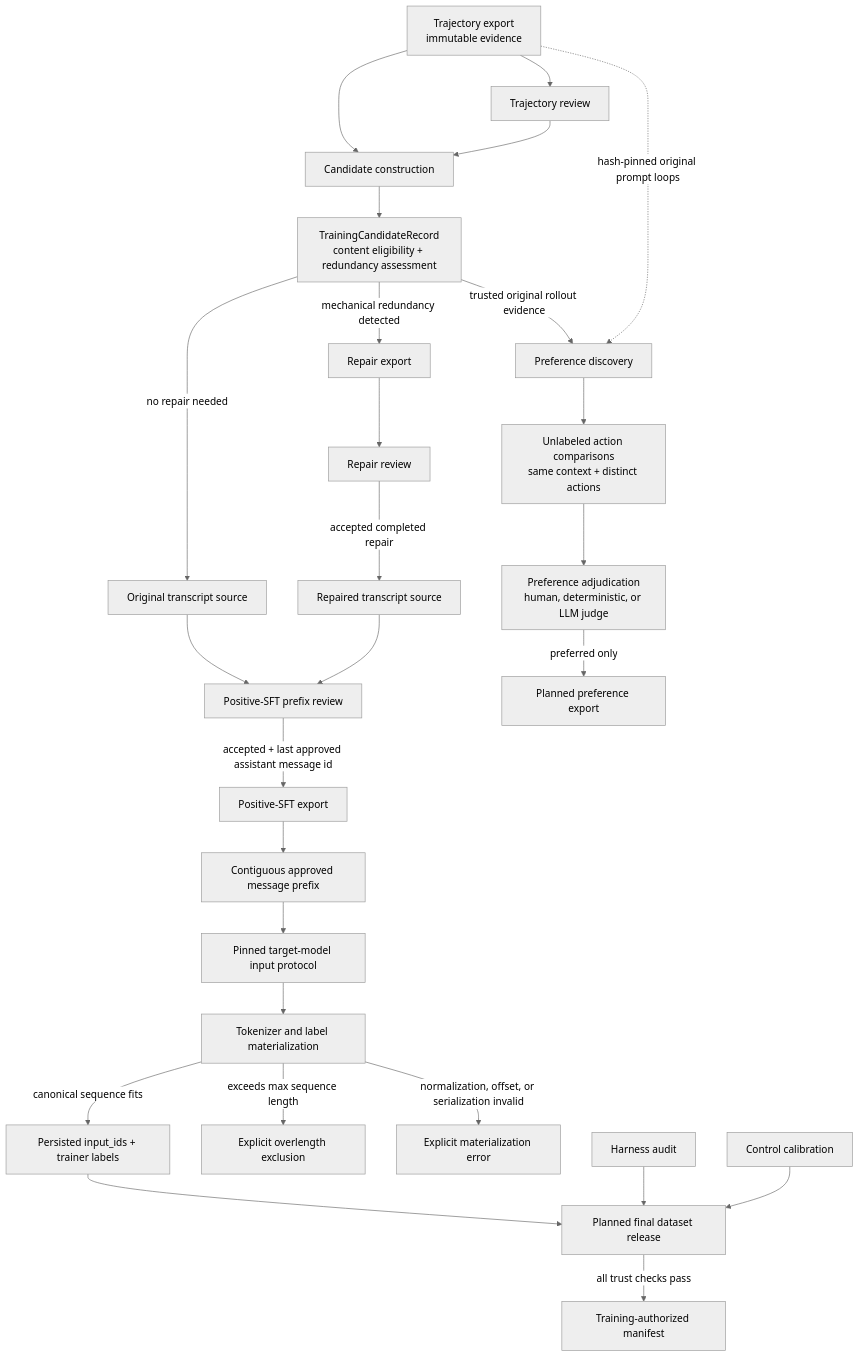
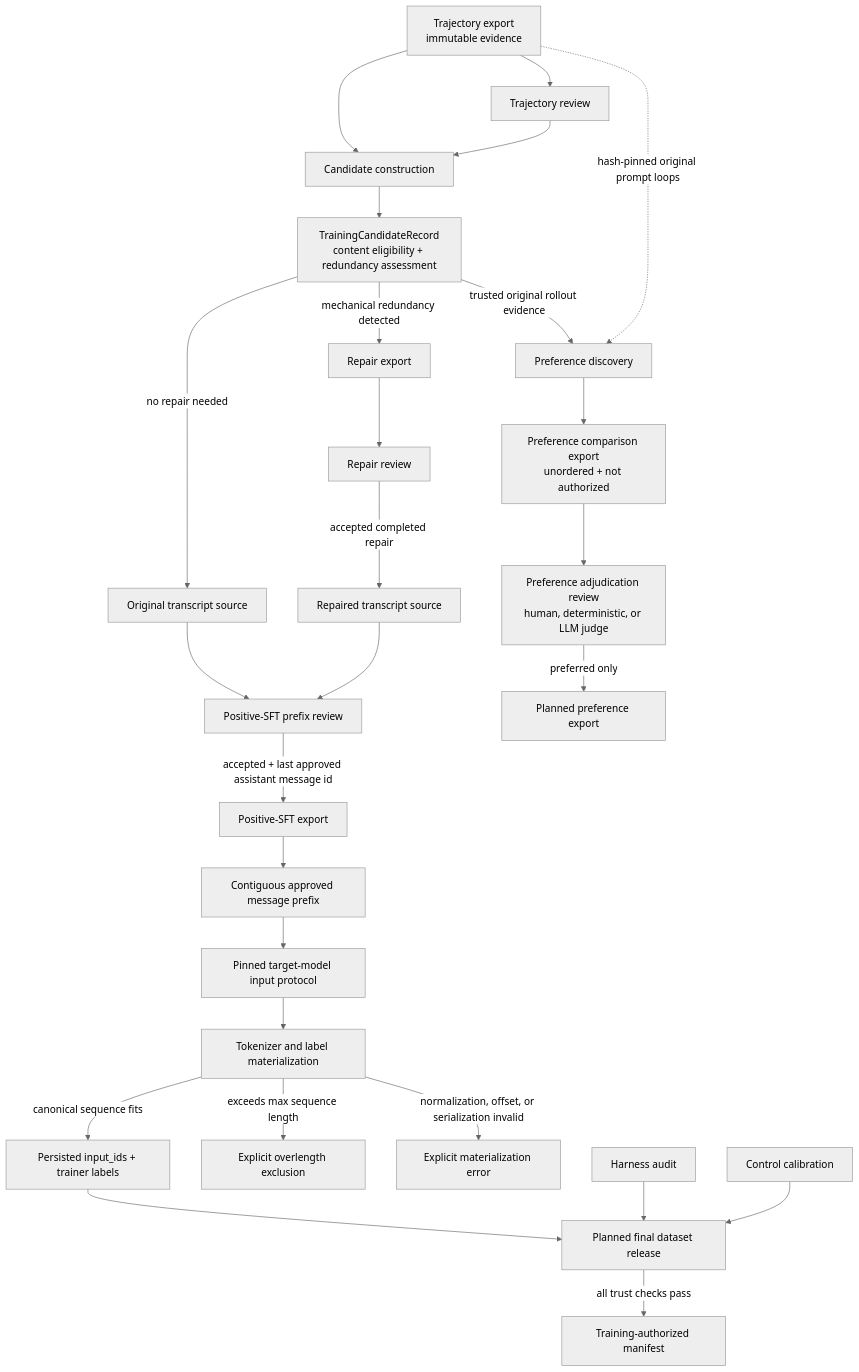
One commit to kshitijg92/agentenv-posttraining-lab changed the diagram in src/agentenv/training/README.md. Above: the diagram before and after it, drawn with Mermaid (neutral theme). The commit also changed other lines of this file and 11 other files, not shown here.

Commit message:
add preference pair and review adjudication manifest exports

````diff
--- a/src/agentenv/training/README.md
+++ b/src/agentenv/training/README.md
@@ -38,33 +38,33 @@
 ```mermaid
 flowchart TD
     T[Trajectory export<br/>immutable evidence] --> TR[Trajectory review]
     T --> C
     TR --> C[Candidate construction]
 
     C --> TC[TrainingCandidateRecord<br/>content eligibility + redundancy assessment]
     TC -->|no repair needed| O[Original transcript source]
     TC -->|mechanical redundancy detected| RE[Repair export]
     RE --> RR[Repair review]
     RR -->|accepted completed repair| RP[Repaired transcript source]
 
     O --> SR[Positive-SFT prefix review]
     RP --> SR
     SR -->|accepted + last approved assistant message id| SE[Positive-SFT export]
     SE --> P[Contiguous approved message prefix]
     P --> IP[Pinned target-model input protocol]
     IP --> TM[Tokenizer and label materialization]
     TM -->|canonical sequence fits| TS[Persisted input_ids + trainer labels]
     TM -->|exceeds max sequence length| OE[Explicit overlength exclusion]
     TM -->|normalization, offset, or serialization invalid| ME[Explicit materialization error]
 
     TC -->|trusted original rollout evidence| PD[Preference discovery]
     T -. hash-pinned original prompt loops .-> PD
-    PD --> PC[Unlabeled action comparisons<br/>same context + distinct actions]
-    PC --> PA[Preference adjudication<br/>human, deterministic, or LLM judge]
+    PD --> PC[Preference comparison export<br/>unordered + not authorized]
+    PC --> PA[Preference adjudication review<br/>human, deterministic, or LLM judge]
     PA -->|preferred only| PE[Planned preference export]
 
     TS --> DR[Planned final dataset release]
     HA[Harness audit] --> DR
     CC[Control calibration] --> DR
     DR -->|all trust checks pass| AU[Training-authorized manifest]
 ```
````
